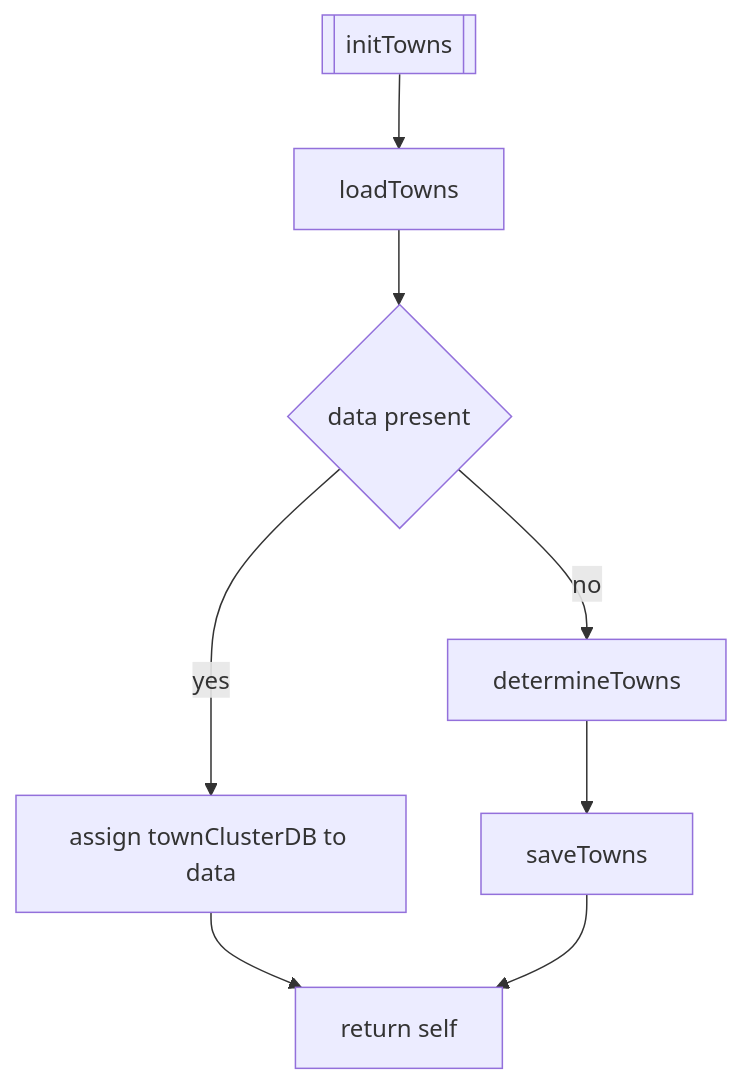
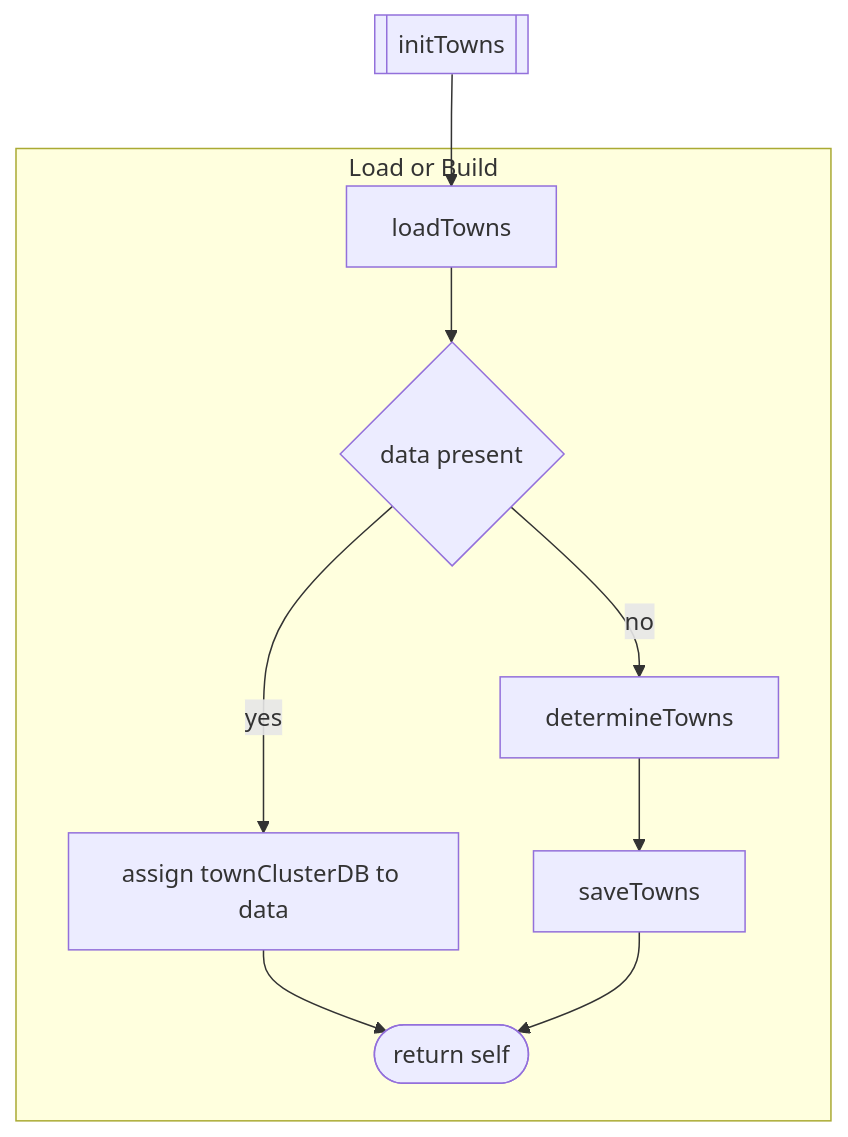
One commit to Gh0st352/AETHR changed the first of 5 diagrams in docs/world/towns.md. Above: the diagram before and after it, drawn with Mermaid. The commit also changed other lines of this file and 7 other files, not shown here.

First line of the commit message:
docs(world, mermaid): normalize headings and standardize Mermaid diagrams

````diff
--- a/docs/world/towns.md
+++ b/docs/world/towns.md
@@ -22,9 +22,17 @@
 ```mermaid
+%% shared theme: docs/_mermaid/theme.json %%
 flowchart TD
   IT[[initTowns]] --> LD[loadTowns]
-  LD --> HAS{data present}
-  HAS -->|yes| ASSIGN[assign townClusterDB to data] --> RET[return self]
-  HAS -->|no| DET[determineTowns]
-  DET --> SV[saveTowns]
-  SV --> RET
+  subgraph "Load or Build"
+    LD --> HAS{data present}
+    HAS -- "yes" --> ASSIGN[assign townClusterDB to data] --> RET([return self])
+    HAS -- "no" --> DET[determineTowns]
+    DET --> SV[saveTowns]
+    SV --> RET
+  end
+
+  class HAS class_decision;
+  class RET class_result;
+  class IT,LD,DET,SV class_step;
+  class ASSIGN class_data;
 ```
````
